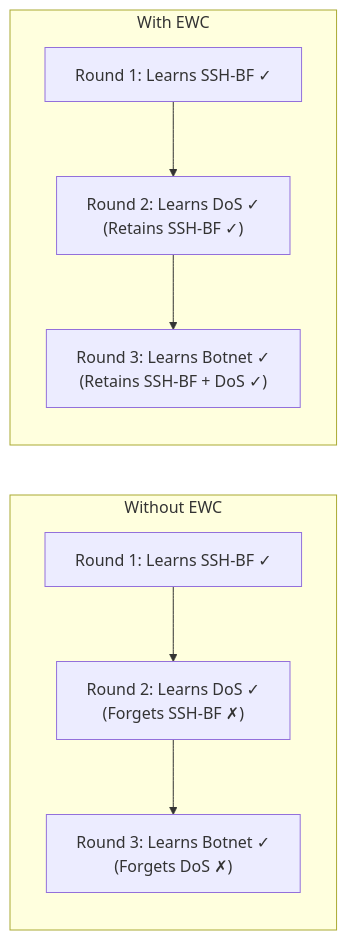
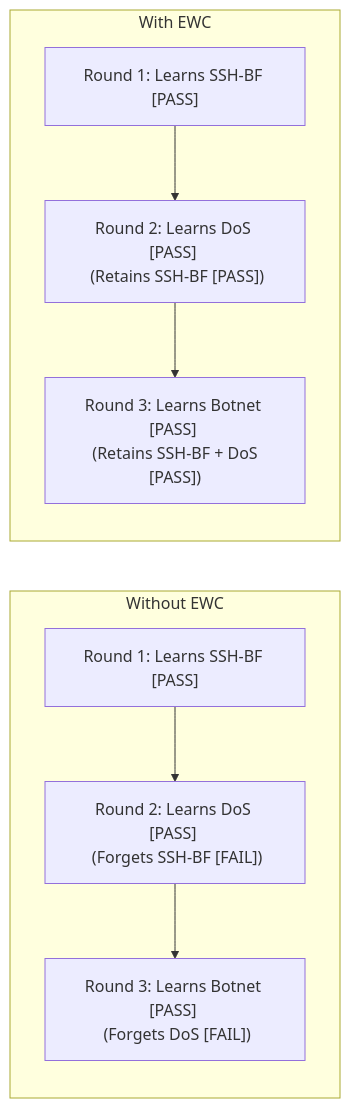
One commit to rhaffle87/fl-cl changed the second of 4 diagrams in docs/06_fcl.md. Above: the diagram before and after it, drawn with Mermaid. The commit also changed other lines of this file and 42 other files, not shown here.

````diff
--- a/docs/06_fcl.md
+++ b/docs/06_fcl.md
@@ -241,11 +241,11 @@
 ```mermaid
 graph LR
     subgraph WithoutEWC ["Without EWC"]
-        W1["Round 1: Learns SSH-BF ✓"] --> W2["Round 2: Learns DoS ✓ <br/> (Forgets SSH-BF ✗)"]
-        W2 --> W3["Round 3: Learns Botnet ✓ <br/> (Forgets DoS ✗)"]
+        W1["Round 1: Learns SSH-BF [PASS]"] --> W2["Round 2: Learns DoS [PASS] <br/> (Forgets SSH-BF [FAIL])"]
+        W2 --> W3["Round 3: Learns Botnet [PASS] <br/> (Forgets DoS [FAIL])"]
     end
     subgraph WithEWC ["With EWC"]
-        E1["Round 1: Learns SSH-BF ✓"] --> E2["Round 2: Learns DoS ✓ <br/> (Retains SSH-BF ✓)"]
-        E2 --> E3["Round 3: Learns Botnet ✓ <br/> (Retains SSH-BF + DoS ✓)"]
+        E1["Round 1: Learns SSH-BF [PASS]"] --> E2["Round 2: Learns DoS [PASS] <br/> (Retains SSH-BF [PASS])"]
+        E2 --> E3["Round 3: Learns Botnet [PASS] <br/> (Retains SSH-BF + DoS [PASS])"]
     end
 ```
````
